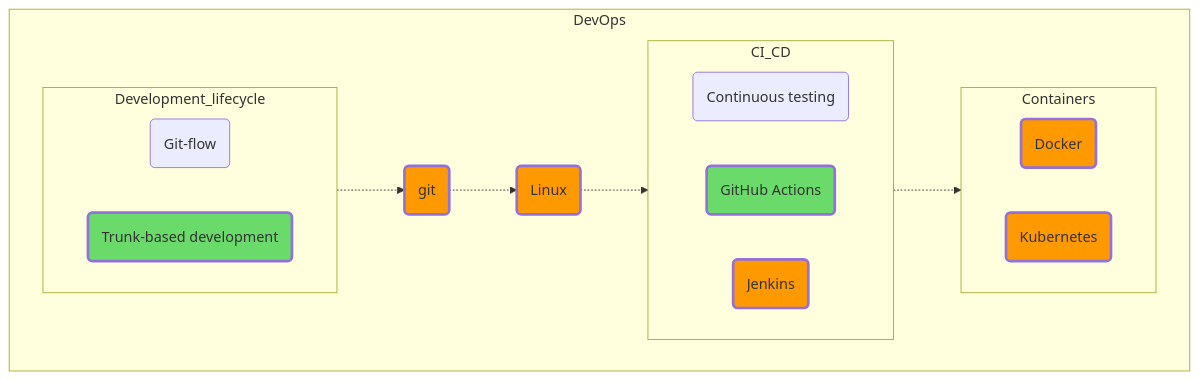
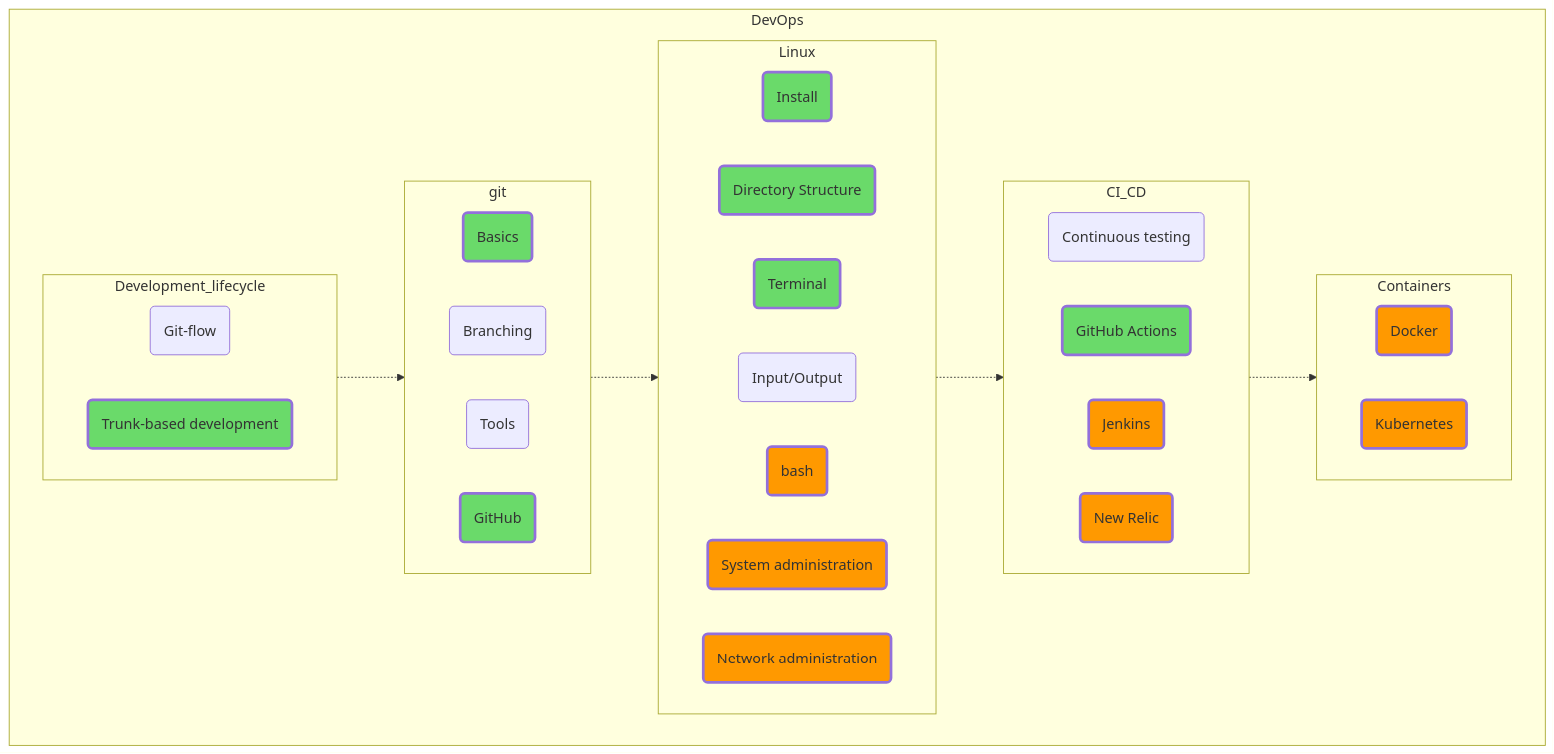
One commit to amaargiru/pyroad changed the diagram in 12_DevOps.md. Above: the diagram before and after it, drawn with Mermaid. The commit also changed 3 other files, not shown here.

````diff
--- a/12_DevOps.md
+++ b/12_DevOps.md
@@ -14,14 +14,32 @@
 Git_flow("Git-flow")
 trunk_based_development("Trunk-based development")
 end
-git(git)
-Linux(Linux)
+
+subgraph git
+direction LR
+Basics(Basics)
+Branching(Branching)
+Tools(Tools)
+GitHub(GitHub)
+end
+
+subgraph Linux
+direction LR
+Install(Install)
+Directory_Structure("Directory Structure")
+Terminal(Terminal)
+Input_Output("Input/Output")
+bash(bash)
+System_administration("System administration")
+Network_administration("Network administration")
+end
 
 subgraph CI_CD
 direction LR
 Continuous_testing("Continuous testing")
 GitHub_Actions("GitHub Actions")
 Jenkins(Jenkins)
+New_Relic("New Relic")
 end
 
 subgraph Containers
@@ -97,6 +115,8 @@
 class exception_raising trainee;
 class create_task trainee;
 class gather trainee;
+class sleep trainee;
+class run trainee;
 class wait_for trainee;
 class asQueue trainee;
 class Lock trainee;
@@ -104,10 +124,9 @@
 class variables trainee;
 class Thread trainee;
 class Pool trainee;
-class Logging trainee;
 class Stopwatch trainee;
 class timeit trainee;
-class Random trainee;
+class random_mod trainee;
 class input trainee;
 class Command_Line_Arguments trainee;
 class simple_print trainee;
@@ -139,7 +158,13 @@
 class INSERT trainee;
 class UPDATE trainee;
 class DELETE trainee;
-class SQLite trainee;
+class PRIMARY_KEY trainee;
+class FOREIGN_KEY trainee;
+class FROM trainee;
+class WHERE trainee;
+class SET trainee;
+class SQLite_benefits trainee;
+class Syntax_Diagrams trainee;
 class Flask trainee;
 class Consistency trainee;
 class HTTPS trainee;
@@ -161,26 +186,48 @@
 class Abstraction trainee;
 class trunk_based_development trainee;
 class aiohttp trainee;
+class StreamHandler trainee;
+class Observer trainee;
+class Decorator_Method trainee;
+class Factory_Method trainee;
+class Adapter_Facade trainee;
+class CQRS trainee;
+class Decentralization trainee;
+class Smart_endpoints_dumb_pipes trainee;
+class Basics trainee;
+class GitHub trainee;
+class Install trainee;
+class Directory_Structure trainee;
+class Terminal trainee;
 
+class bash middle;
+class System_administration middle;
+class Network_administration middle;
 class NoSQL middle;
 class Functional middle;
 class RabbitMQ middle;
 class Scrum middle;
 class Apache_Kafka middle;
-class git middle;
-class Linux middle;
 class Docker middle;
 class methmore middle;
 class PostgreSQL_more middle;
 class SQLAlchemy middle;
+class Django_ORM middle;
 class Django middle;
 class FastAPI middle;
-class ORM boldmiddleed;
+class SQL_standard middle;
+class Analyze_an_execution_plan middle;
 class TensorFlow middle;
 class Keras middle;
 class cryptomore middle;
 class Jenkins middle;
 class Kubernetes middle;
+class Creational_patterns middle;
+class Structural_patterns middle;
+class Behavioral_patterns middle;
 class Architectural_Patterns middle;
-
+class ELK_Stack middle;
+class Pattern_of_Distributed_Systems middle;
+class Cloud_Design_Patterns middle;
+class New_Relic middle;
 ```
````
